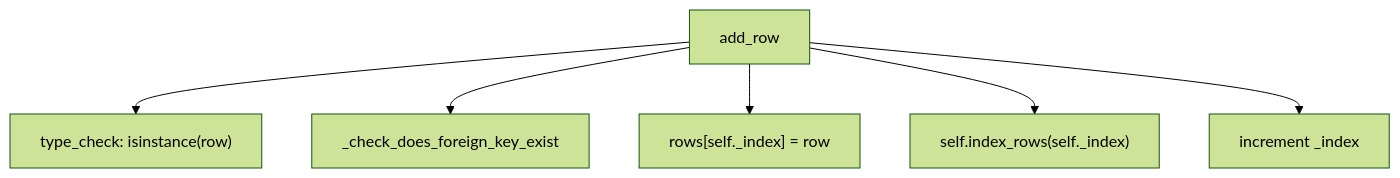
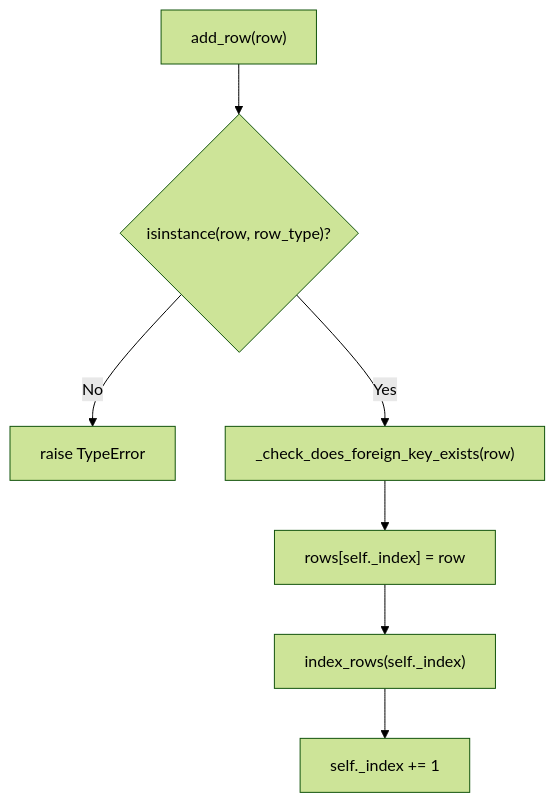
Before and after one commit to udaykurien/pyrodb: the first of 2 diagrams in README.md, drawn with Mermaid (forest theme). The commit also changed other lines of this file, not shown here.

````diff
--- a/README.md
+++ b/README.md
@@ -20,8 +19,9 @@
 ```mermaid
 graph TD
-    A["add_row"] --> B["type_check: isinstance(row)"]
-    A --> C["_check_does_foreign_key_exist"]
-    A --> D["rows[self._index] = row"]
-    A --> E["self.index_rows(self._index)"]
-    A --> F["increment _index"]
+    A["add_row(row)"] --> B{"isinstance(row, row_type)?"}
+    B -- No --> C["raise TypeError"]
+    B -- Yes --> D["_check_does_foreign_key_exists(row)"]
+    D --> E["rows[self._index] = row"]
+    E --> F["index_rows(self._index)"]
+    F --> G["self._index += 1"]
 ```
````
